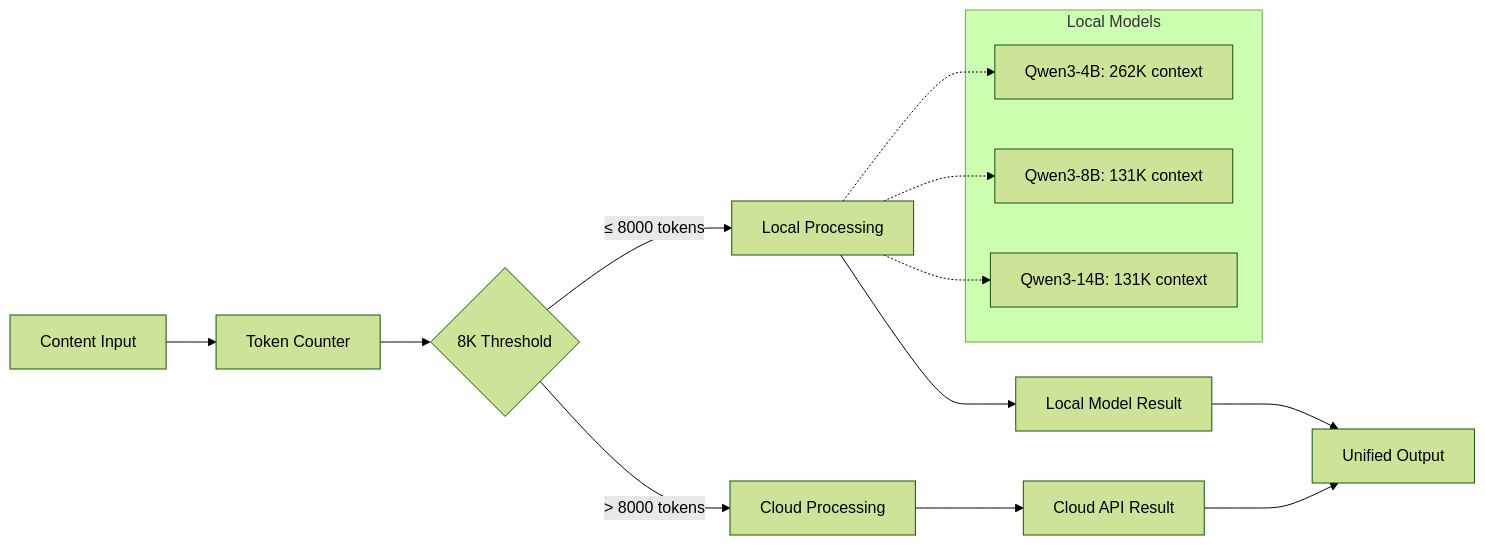
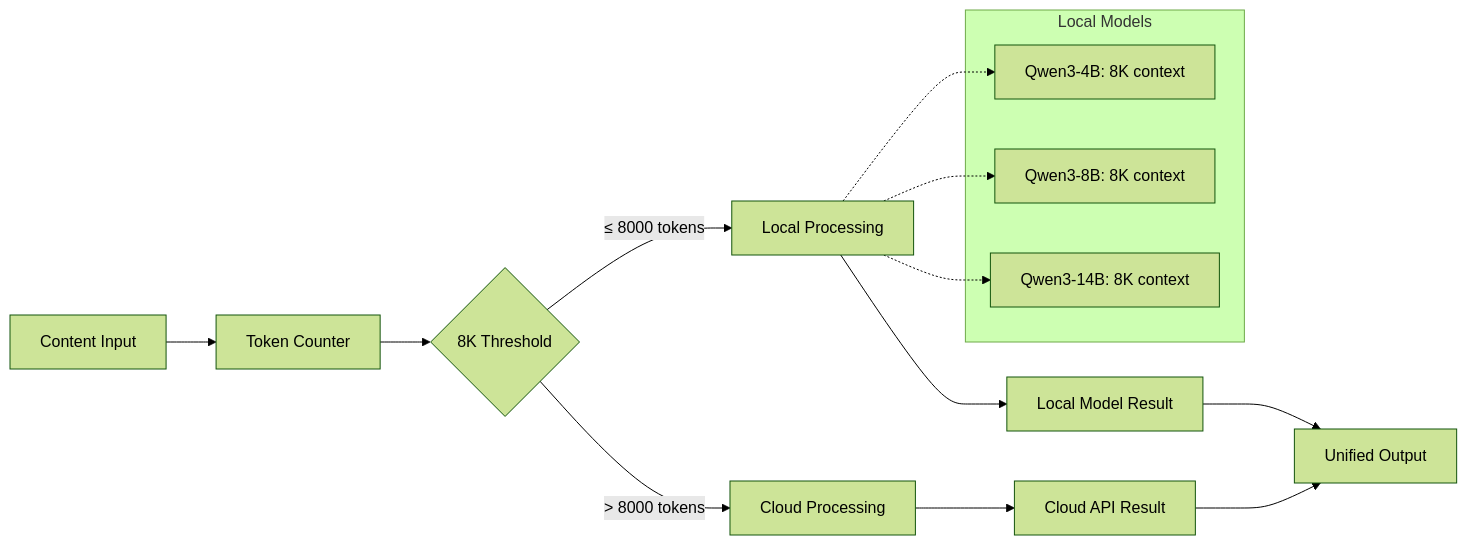
Before and after one commit to BjornMelin/ai-job-scraper: the second of 2 diagrams in docs/adrs/ADR-008-optimized-token-thresholds.md, drawn with Mermaid (forest theme). The commit also changed other lines of this file and 11 other files, not shown here.

````diff
--- a/docs/adrs/ADR-008-optimized-token-thresholds.md
+++ b/docs/adrs/ADR-008-optimized-token-thresholds.md
@@ -119,23 +119,23 @@
 ```mermaid
 graph LR
     A[Content Input] --> B[Token Counter]
     B --> C{8K Threshold}
     C -->|≤ 8000 tokens| D[Local Processing]
     C -->|> 8000 tokens| E[Cloud Processing]
     
     D --> F[Local Model Result]
     E --> G[Cloud API Result]
     
     F --> H[Unified Output]
     G --> H
     
     subgraph "Local Models"
-        I[Qwen3-4B: 262K context]
-        J[Qwen3-8B: 131K context]
-        K[Qwen3-14B: 131K context]
+        I[Qwen3-4B: 8K context]
+        J[Qwen3-8B: 8K context]
+        K[Qwen3-14B: 8K context]
     end
     
     D -.-> I
     D -.-> J
     D -.-> K
 ```
````
